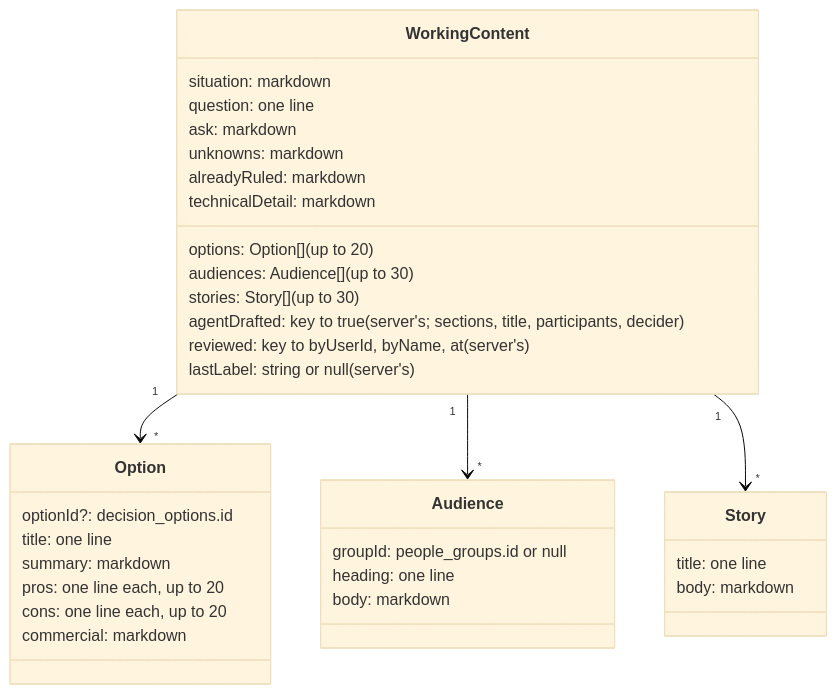
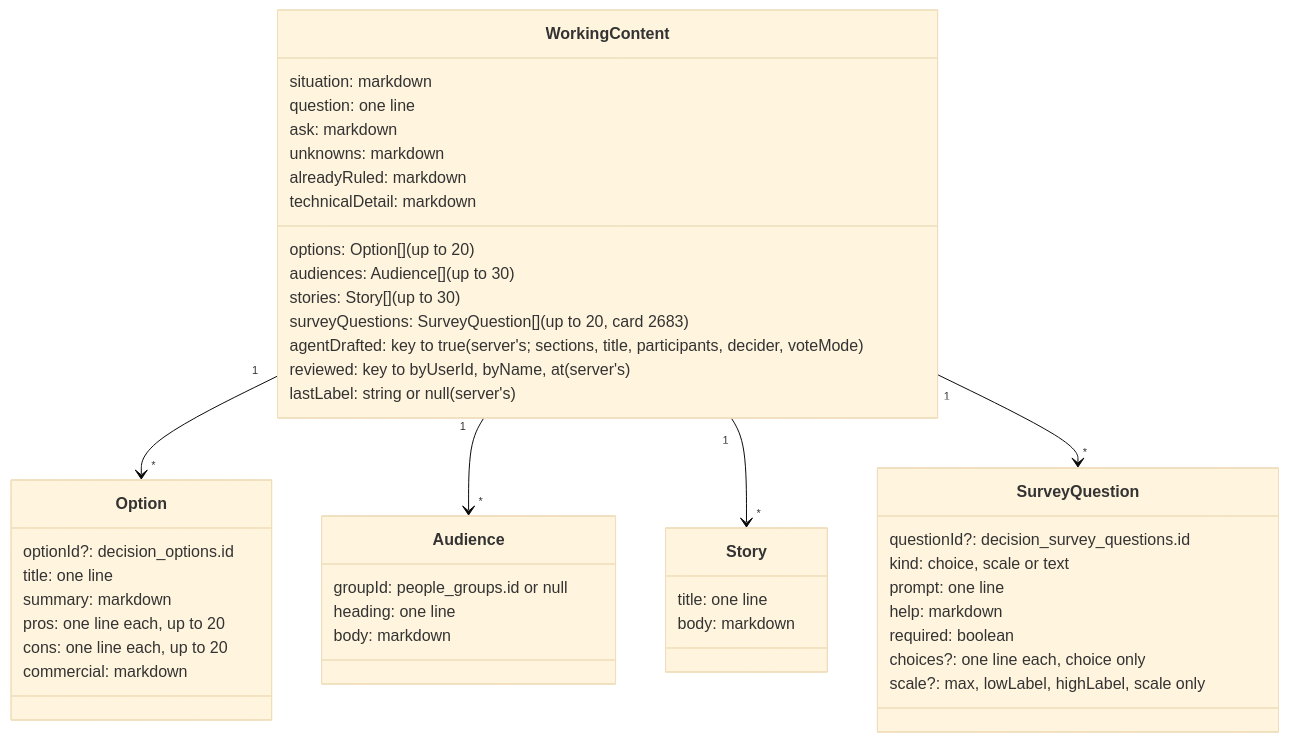
Diagram 12 of 55 in docs/data-model.md (gitBoon/DumpFire), drawn with Mermaid (base theme) before and after one commit. The commit also changed other lines of this file and 62 other files, not shown here.

````diff
--- a/docs/data-model.md
+++ b/docs/data-model.md
@@ -1147,37 +1168,48 @@
 ```mermaid
 classDiagram
     class WorkingContent {
         situation: markdown
         question: one line
         ask: markdown
         options: Option[] (up to 20)
         audiences: Audience[] (up to 30)
         stories: Story[] (up to 30)
         unknowns: markdown
         alreadyRuled: markdown
         technicalDetail: markdown
-        agentDrafted: key to true (server's; sections, title, participants, decider)
+        surveyQuestions: SurveyQuestion[] (up to 20, card 2683)
+        agentDrafted: key to true (server's; sections, title, participants, decider, voteMode)
         reviewed: key to byUserId, byName, at (server's)
         lastLabel: string or null (server's)
     }
     class Option {
         optionId?: decision_options.id
         title: one line
         summary: markdown
         pros: one line each, up to 20
         cons: one line each, up to 20
         commercial: markdown
     }
     class Audience {
         groupId: people_groups.id or null
         heading: one line
         body: markdown
     }
     class Story {
         title: one line
         body: markdown
     }
+    class SurveyQuestion {
+        questionId?: decision_survey_questions.id
+        kind: choice, scale or text
+        prompt: one line
+        help: markdown
+        required: boolean
+        choices?: one line each, choice only
+        scale?: max, lowLabel, highLabel, scale only
+    }
     WorkingContent "1" --> "*" Option
     WorkingContent "1" --> "*" Audience
     WorkingContent "1" --> "*" Story
+    WorkingContent "1" --> "*" SurveyQuestion
 ```
````
